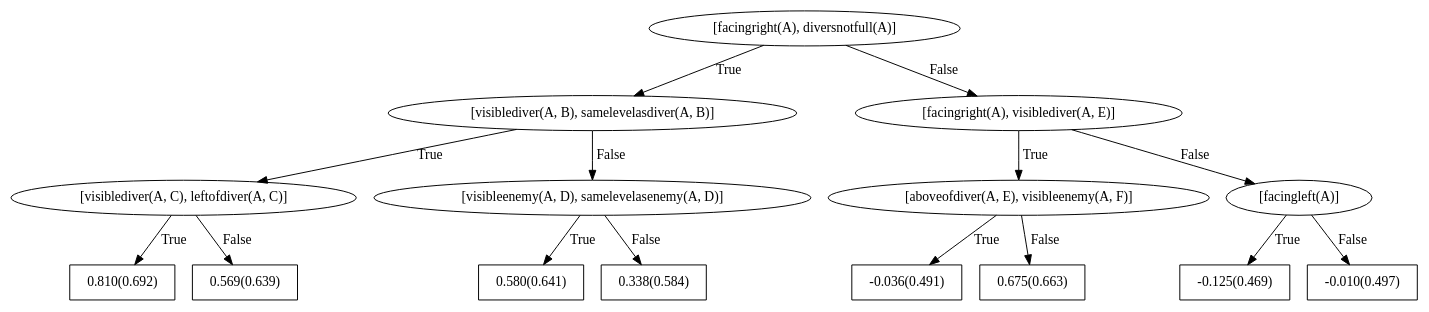
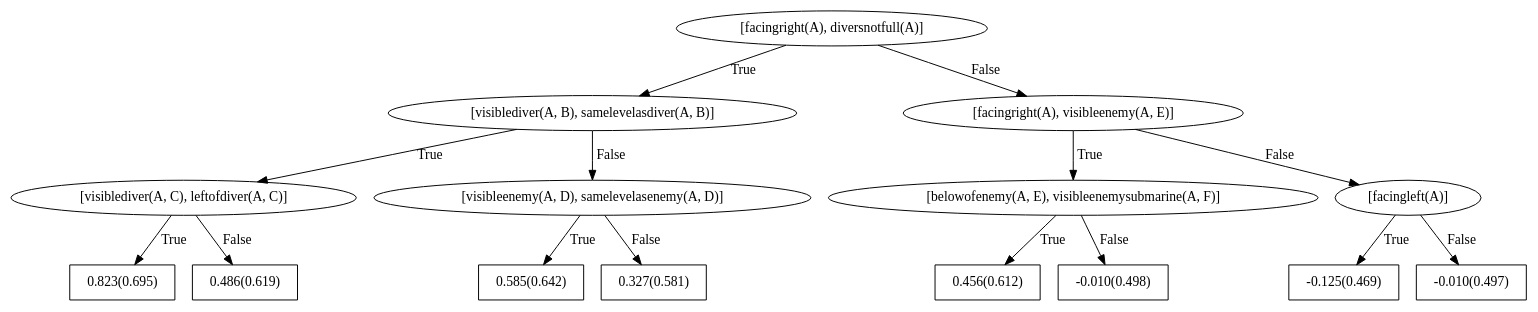
Before and after one commit to nikhileshp/NeSY-Imitation-Learning: the diagram in rdn_models/seaquest/weighted_1object_negpos_2_trees_1_depth_2/right/bRDNs/dotFiles/WILLTreeFor_right0.dot, drawn with Graphviz. The commit also changed 481 other files, not shown here.

```diff
--- a/rdn_models/seaquest/weighted_1object_negpos_2_trees_1_depth_2/right/bRDNs/dotFiles/WILLTreeFor_right0.dot
+++ b/rdn_models/seaquest/weighted_1object_negpos_2_trees_1_depth_2/right/bRDNs/dotFiles/WILLTreeFor_right0.dot
@@ -1,31 +1,31 @@
 digraph G{ 
 1[label = "[facingright(A), diversnotfull(A)]"];
 1 -> 2[label="True"];
 1 -> 3[label="False"];
 2[label = "[visiblediver(A, B), samelevelasdiver(A, B)]"];
 2 -> 4[label="True"];
 2 -> 5[label="False"];
 4[label = "[visiblediver(A, C), leftofdiver(A, C)]"];
 4 -> 6[label="True"];
 4 -> 7[label="False"];
-6[shape = box,label = "0.810(0.692)"];
-7[shape = box,label = "0.569(0.639)"];
+6[shape = box,label = "0.823(0.695)"];
+7[shape = box,label = "0.486(0.619)"];
 5[label = "[visibleenemy(A, D), samelevelasenemy(A, D)]"];
 5 -> 8[label="True"];
 5 -> 9[label="False"];
-8[shape = box,label = "0.580(0.641)"];
-9[shape = box,label = "0.338(0.584)"];
-3[label = "[facingright(A), visiblediver(A, E)]"];
+8[shape = box,label = "0.585(0.642)"];
+9[shape = box,label = "0.327(0.581)"];
+3[label = "[facingright(A), visibleenemy(A, E)]"];
 3 -> 10[label="True"];
 3 -> 11[label="False"];
-10[label = "[aboveofdiver(A, E), visibleenemy(A, F)]"];
+10[label = "[belowofenemy(A, E), visibleenemysubmarine(A, F)]"];
 10 -> 12[label="True"];
 10 -> 13[label="False"];
-12[shape = box,label = "-0.036(0.491)"];
-13[shape = box,label = "0.675(0.663)"];
+12[shape = box,label = "0.456(0.612)"];
+13[shape = box,label = "-0.010(0.498)"];
 11[label = "[facingleft(A)]"];
 11 -> 14[label="True"];
 11 -> 15[label="False"];
 14[shape = box,label = "-0.125(0.469)"];
 15[shape = box,label = "-0.010(0.497)"];
 }
```
